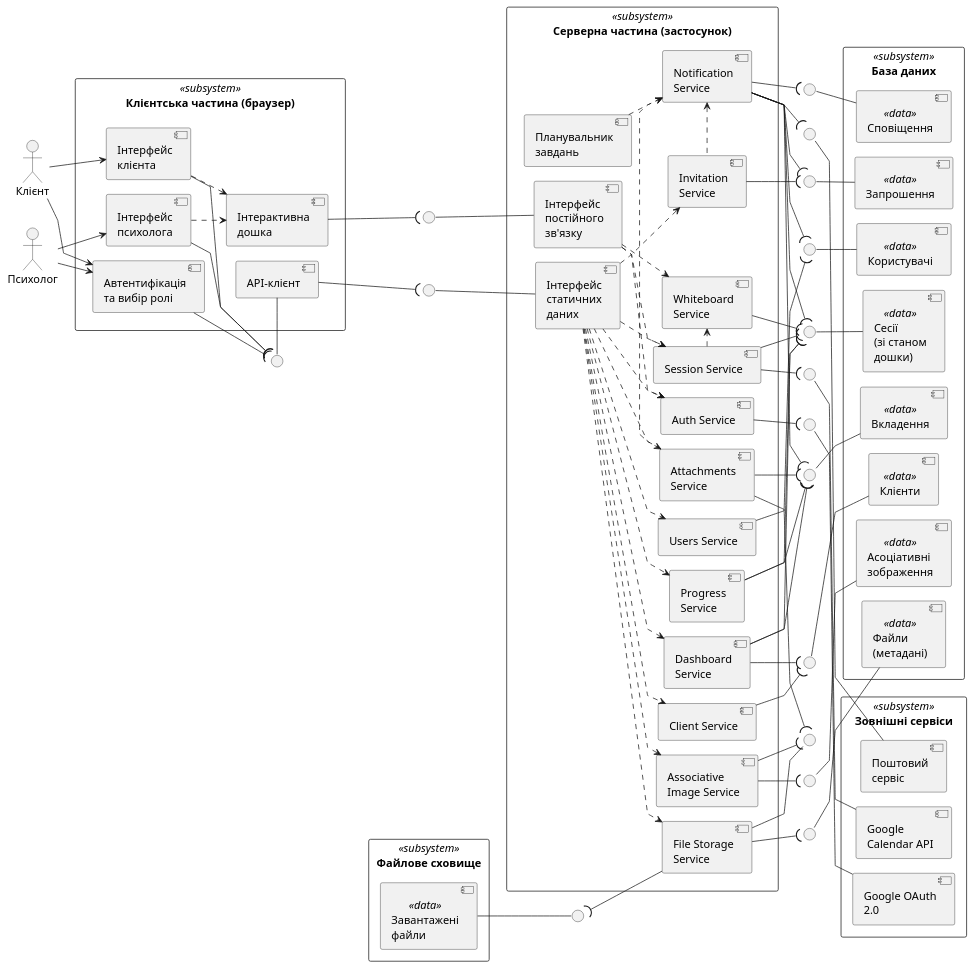
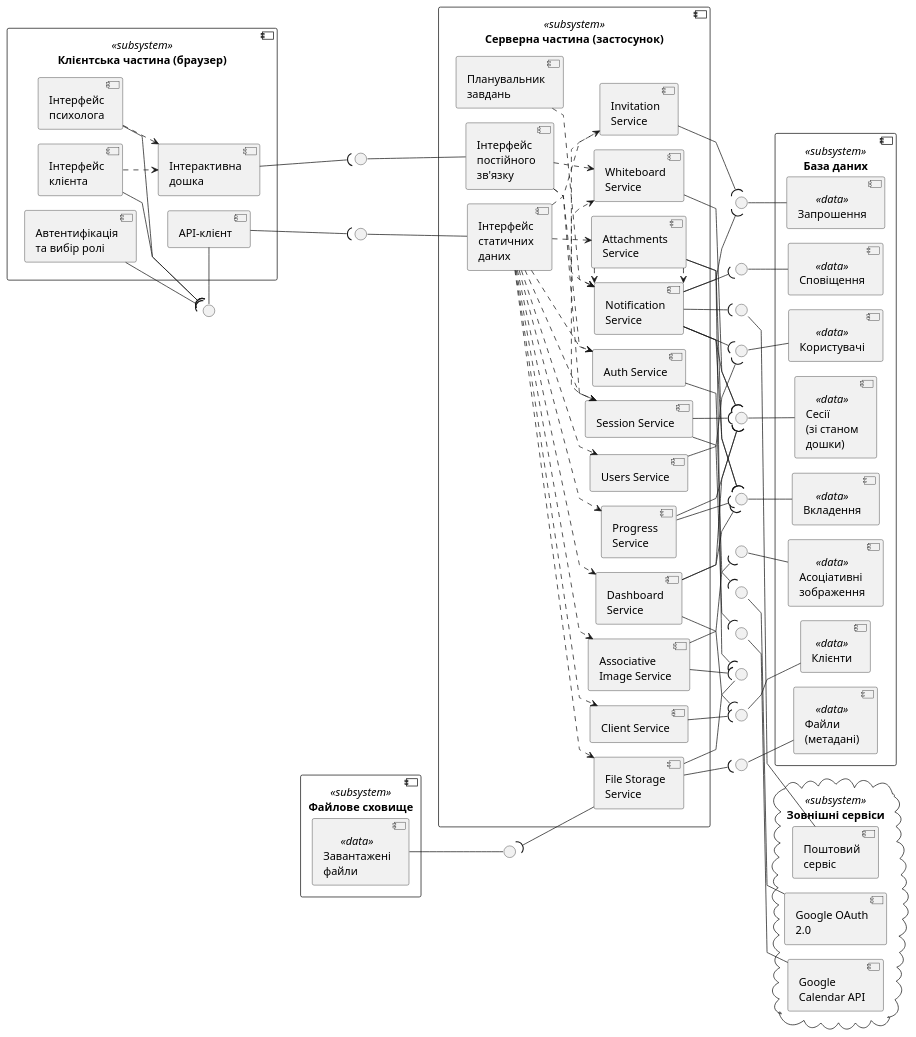
Before and after one commit to ArtemSmotritel/psycho: the diagram in docs/diagrams/component-diagram.puml, drawn with PlantUML. The commit also changed other lines of this file and 49 other files, not shown here.

```diff
--- a/docs/diagrams/component-diagram.puml
+++ b/docs/diagrams/component-diagram.puml
@@ -281,11 +26,8 @@
 skinparam nodesep 20
 skinparam ranksep 30
 
-actor "Психолог" as psycho
-actor "Клієнт" as clientActor
-
 together {
-package "Клієнтська частина (браузер)" <<subsystem>> {
+component "Клієнтська частина (браузер)" <<subsystem>> {
     together {
     component "Автентифікація та вибір ролі" as cAuth
     component "Інтерфейс психолога" as cPsyUI
@@ -300,12 +42,14 @@
 
 }
 
-package "Серверна частина (застосунок)" <<subsystem>> {
+component "Серверна частина (застосунок)" <<subsystem>> {
     together {
       component "Інтерфейс статичних даних" as sHttp
       component "Інтерфейс постійного зв'язку" as sGateway
 
       component "Notification Service" as sNotif
+
+      component "Attachments Service" as sAttach
       component "Планувальник завдань" as sCron
       component "Invitation Service" as sInvites
       component "Whiteboard Service" as sWhiteboard
@@ -313,7 +57,6 @@
 
     together {
     component "Auth Service" as sAuth
-    component "Attachments Service" as sAttach
     component "Session Service" as sSessions
     }
     together {
@@ -327,7 +70,7 @@
     }
 }
 
-package "База даних" <<subsystem>> {
+component "База даних" <<subsystem>> {
     component "Користувачі" <<data>> as dUsers
     component "Клієнти" <<data>> as dClients
     component "Запрошення" <<data>> as dInvites
@@ -338,13 +81,13 @@
     component "Сповіщення" <<data>> as dNotifications
 }
 
-package "Зовнішні сервіси" <<subsystem>> {
+cloud "Зовнішні сервіси" <<subsystem>> {
     component "Google OAuth 2.0" as extOAuth
     component "Google Calendar API" as extCalendar
     component "Поштовий сервіс" as extMail
 }
 
-package "Файлове сховище" <<subsystem>> {
+component "Файлове сховище" <<subsystem>> {
     ' єдине сховище двійкових даних; метадані файлів зберігаються в БД
     component "Завантажені файли" <<data>> as fFiles
 }
@@ -359,11 +102,6 @@
 cBoard --( iWs
 iWs -- sGateway
 
-' ---- Актори ----
-psycho --> cAuth
-psycho --> cPsyUI
-clientActor --> cAuth
-clientActor --> cCliUI
 
 ' ---- Клієнтська частина ----
 ' інтерфейси ролей об'єднують профіль клієнта, історію сесій з прогресом,
@@ -393,6 +131,8 @@
 sHttp ..> sImages
 sHttp ..> sDash
 sHttp ..> sProgress
+
+sAttach ..> sNotif
 
 ' шлюз перевіряє право доступу до сесії й веде спільний стан дошки
 sGateway ..> sSessions
```
